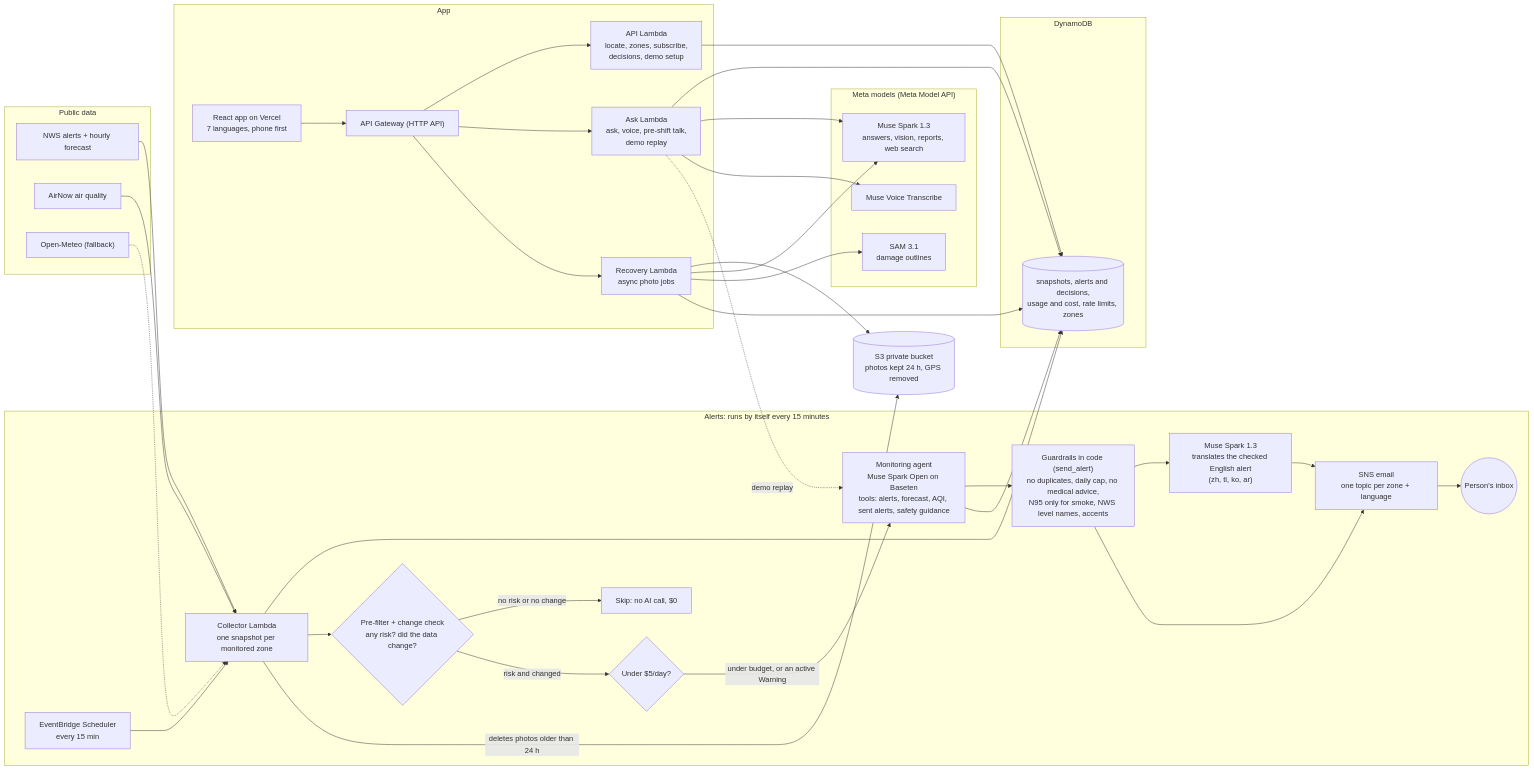
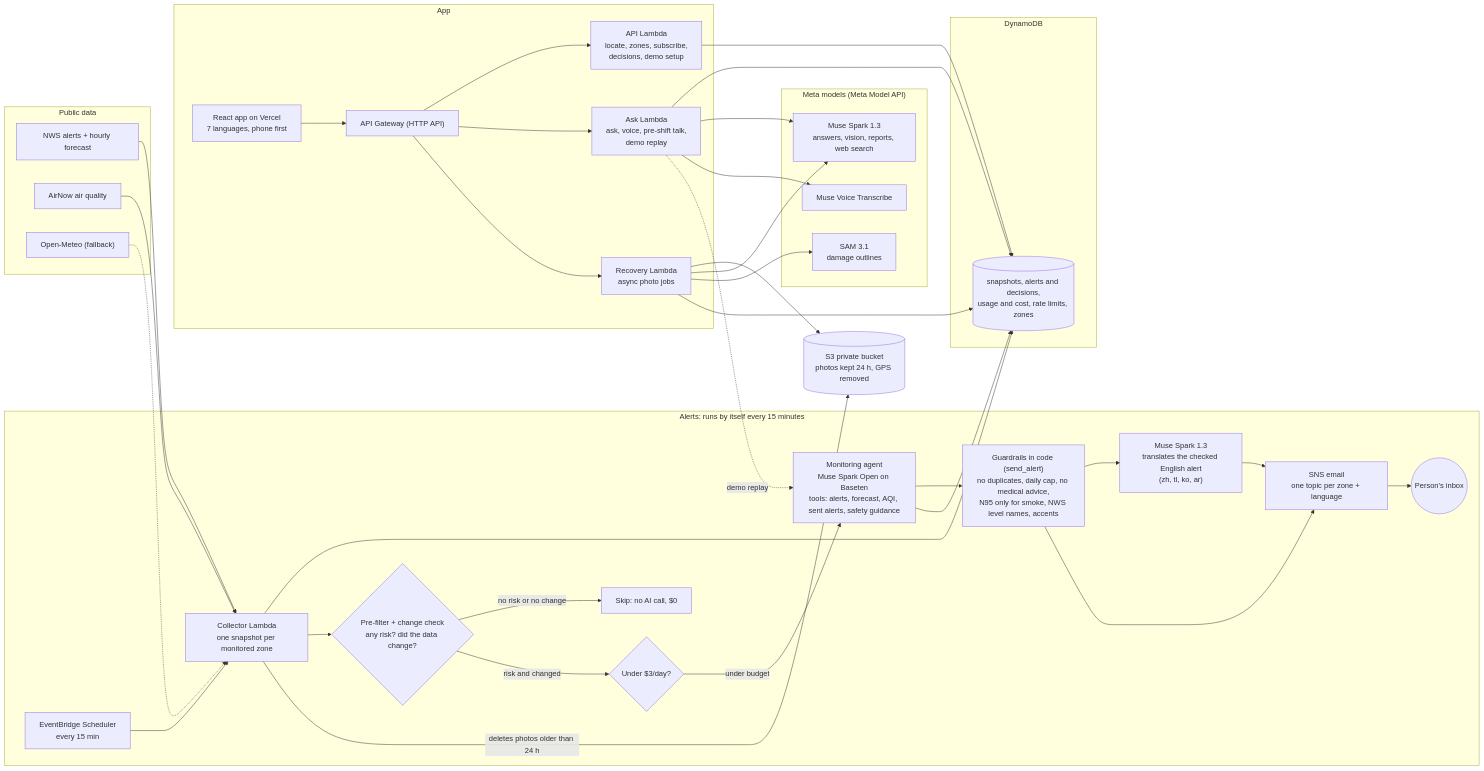
One commit to dangkhoa241/ClimateGuard changed the diagram in docs/architecture.mmd. Above: the diagram before and after it, drawn with Mermaid. The commit also changed 11 other files, not shown here.

Commit message:
Add interactive workflow diagram

```diff
--- a/docs/architecture.mmd
+++ b/docs/architecture.mmd
@@ -1,70 +1,70 @@
 flowchart LR
   subgraph DATA["Public data"]
     NWS["NWS alerts + hourly forecast"]
     AIR["AirNow air quality"]
     OM["Open-Meteo (fallback)"]
   end
 
   subgraph ALERTS["Alerts: runs by itself every 15 minutes"]
     EB["EventBridge Scheduler<br/>every 15 min"]
     COL["Collector Lambda<br/>one snapshot per monitored zone"]
     PRE{"Pre-filter + change check<br/>any risk? did the data change?"}
     SKIP["Skip: no AI call, $0"]
-    BUD{"Under $5/day?"}
+    BUD{"Under $3/day?"}
     AGENT["Monitoring agent<br/>Muse Spark Open on Baseten<br/>tools: alerts, forecast, AQI, sent alerts, safety guidance"]
     GUARD["Guardrails in code (send_alert)<br/>no duplicates, daily cap, no medical advice,<br/>N95 only for smoke, NWS level names, accents"]
     TR["Muse Spark 1.3<br/>translates the checked English alert<br/>(zh, tl, ko, ar)"]
     SNS["SNS email<br/>one topic per zone + language"]
     PERSON(("Person's inbox"))
   end
 
   subgraph STORE["DynamoDB"]
     DB[("snapshots, alerts and decisions,<br/>usage and cost, rate limits, zones")]
   end
 
   subgraph APP["App"]
     FE["React app on Vercel<br/>7 languages, phone first"]
     API["API Gateway (HTTP API)"]
     L1["API Lambda<br/>locate, zones, subscribe,<br/>decisions, demo setup"]
     L2["Ask Lambda<br/>ask, voice, pre-shift talk,<br/>demo replay"]
     L3["Recovery Lambda<br/>async photo jobs"]
   end
 
   subgraph MODELS["Meta models (Meta Model API)"]
     MS["Muse Spark 1.3<br/>answers, vision, reports, web search"]
     VT["Muse Voice Transcribe"]
     SAM["SAM 3.1<br/>damage outlines"]
   end
 
   S3[("S3 private bucket<br/>photos kept 24 h, GPS removed")]
 
   NWS --> COL
   AIR --> COL
   OM -.-> COL
   EB --> COL
   COL --> DB
   COL --> PRE
   PRE -- "no risk or no change" --> SKIP
   PRE -- "risk and changed" --> BUD
-  BUD -- "under budget, or an active Warning" --> AGENT
+  BUD -- "under budget" --> AGENT
   AGENT --> GUARD
   GUARD --> TR
   TR --> SNS
   GUARD --> SNS
   SNS --> PERSON
   AGENT --> DB
   COL -- "deletes photos older than 24 h" --> S3
 
   FE --> API
   API --> L1
   API --> L2
   API --> L3
   L1 --> DB
   L2 --> DB
   L2 --> MS
   L2 --> VT
   L2 -. "demo replay" .-> AGENT
   L3 --> S3
   L3 --> MS
   L3 --> SAM
   L3 --> DB
```
